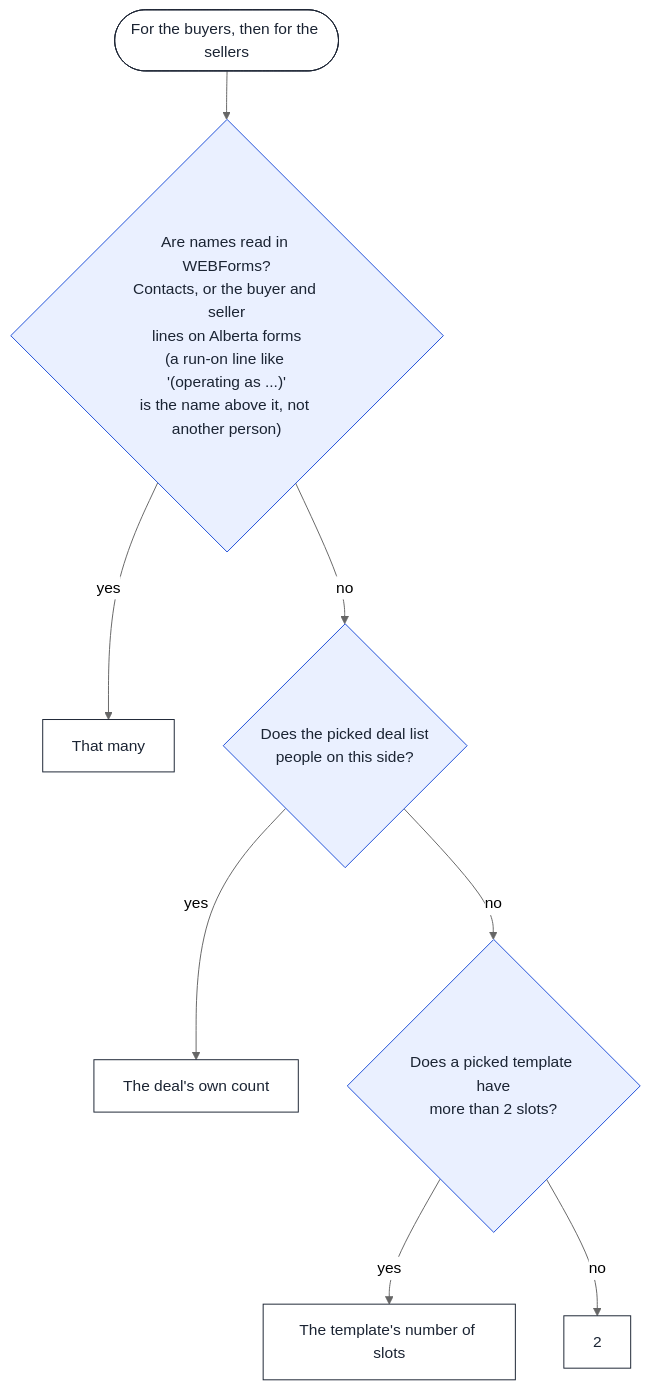
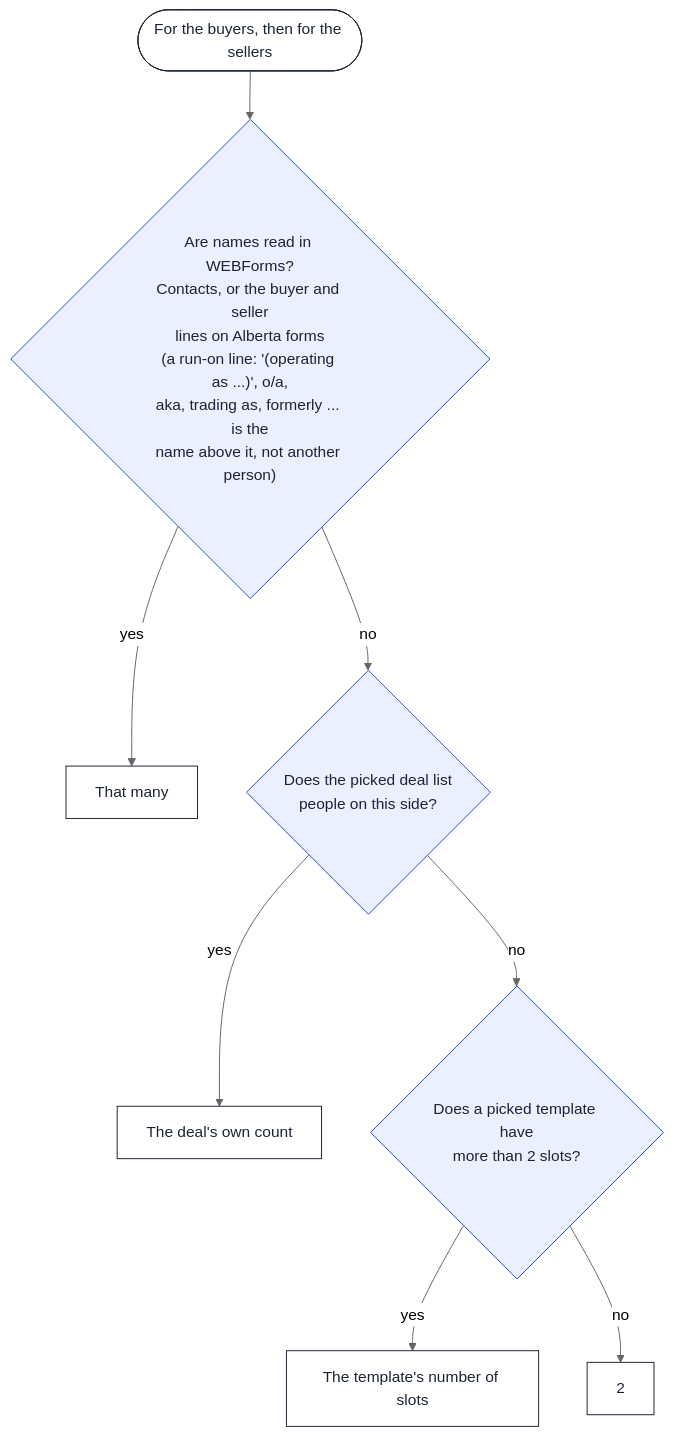
The third of 4 diagrams in docs/how-the-panel-decides.md (stante-group/dotted-line), drawn with Mermaid (neutral theme) before and after one commit. The commit also changed 3 other files, not shown here.

First line of the commit message:
Signer counts: aka, trading as, formerly, and a line starting "&"

````diff
--- a/docs/how-the-panel-decides.md
+++ b/docs/how-the-panel-decides.md
@@ -74,15 +74,15 @@
 ```mermaid
 flowchart TD
-  A(["For the buyers, then for the sellers"]) --> F{"Are names read in WEBForms?<br/>Contacts, or the buyer and seller<br/>lines on Alberta forms<br/>(a run-on line like '(operating as ...)'<br/>is the name above it, not another person)"}
+  A(["For the buyers, then for the sellers"]) --> F{"Are names read in WEBForms?<br/>Contacts, or the buyer and seller<br/>lines on Alberta forms<br/>(a run-on line: '(operating as ...)', o/a,<br/>aka, trading as, formerly ... is the<br/>name above it, not another person)"}
   F -- yes --> F1["That many"]
   F -- no --> DL{"Does the picked deal list<br/>people on this side?"}
   DL -- yes --> D1["The deal's own count"]
   DL -- no --> TS{"Does a picked template have<br/>more than 2 slots?"}
   TS -- yes --> T1["The template's number of slots"]
   TS -- no --> TWO["2"]
 
   classDef q fill:#eaf0ff,stroke:#1d4ed8,color:#1b2433
   classDef out fill:#ffffff,stroke:#1b2433,color:#1b2433
   class F,DL,TS q
   class A,F1,D1,T1,TWO out
 ```
````
